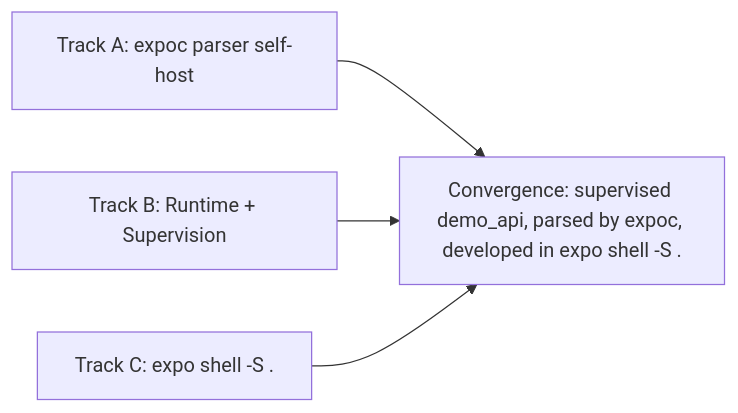
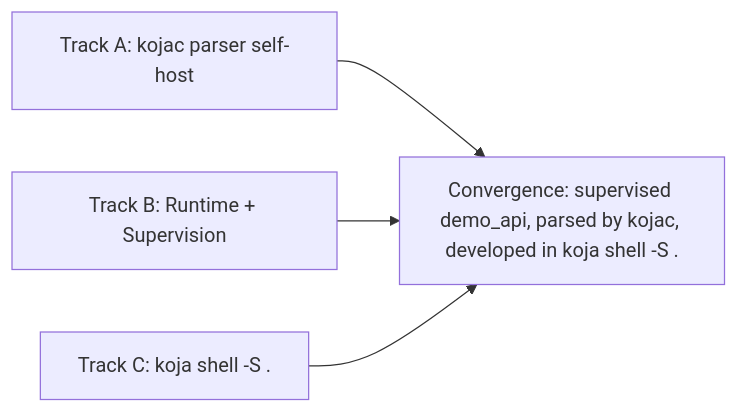
Before and after one commit to koja-lang/koja: the first of 2 diagrams in design/ROADMAP.md, drawn with Mermaid. The commit also changed other lines of this file and 1304 other files, not shown here.

````diff
--- a/design/ROADMAP.md
+++ b/design/ROADMAP.md
@@ -205,6 +205,6 @@
 ```mermaid
 flowchart LR
-  TrackA["Track A: expoc parser self-host"] --> Conv["Convergence: supervised demo_api, parsed by expoc, developed in expo shell -S ."]
+  TrackA["Track A: kojac parser self-host"] --> Conv["Convergence: supervised demo_api, parsed by kojac, developed in koja shell -S ."]
   TrackB["Track B: Runtime + Supervision"] --> Conv
-  TrackC["Track C: expo shell -S ."] --> Conv
+  TrackC["Track C: koja shell -S ."] --> Conv
 ```
````
